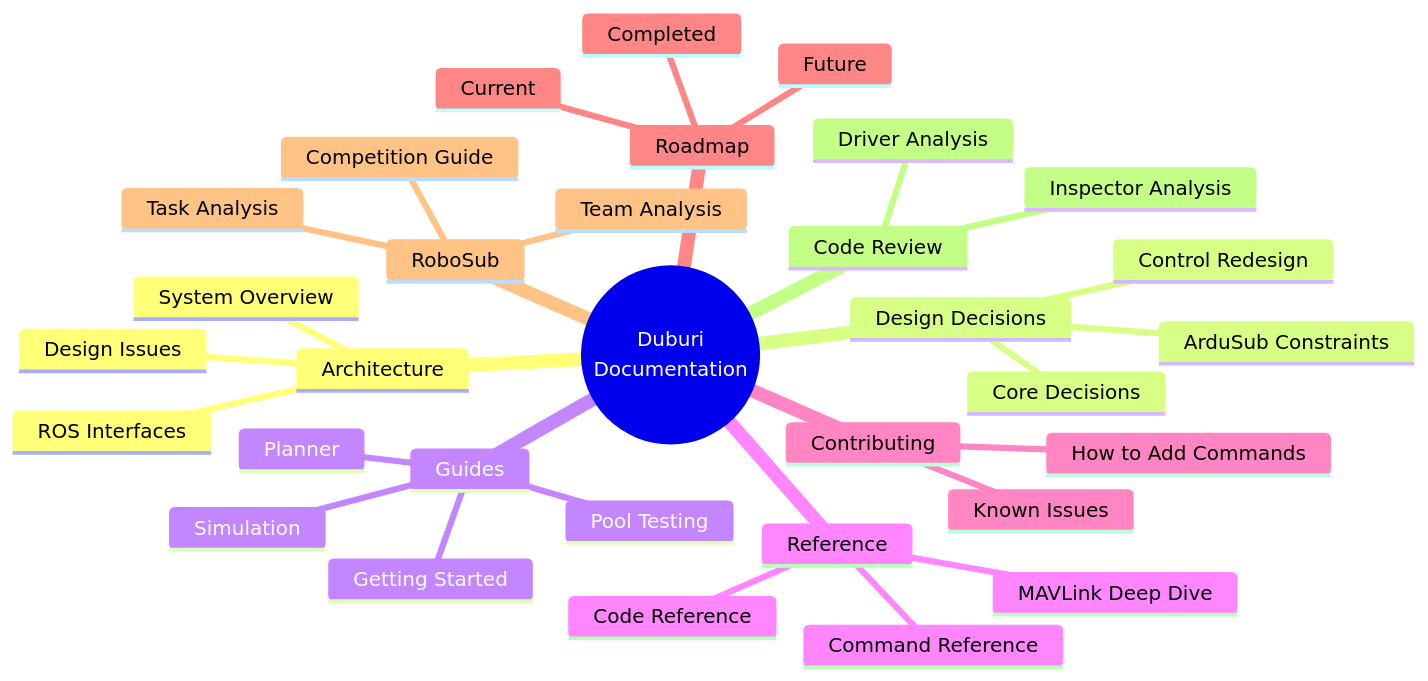
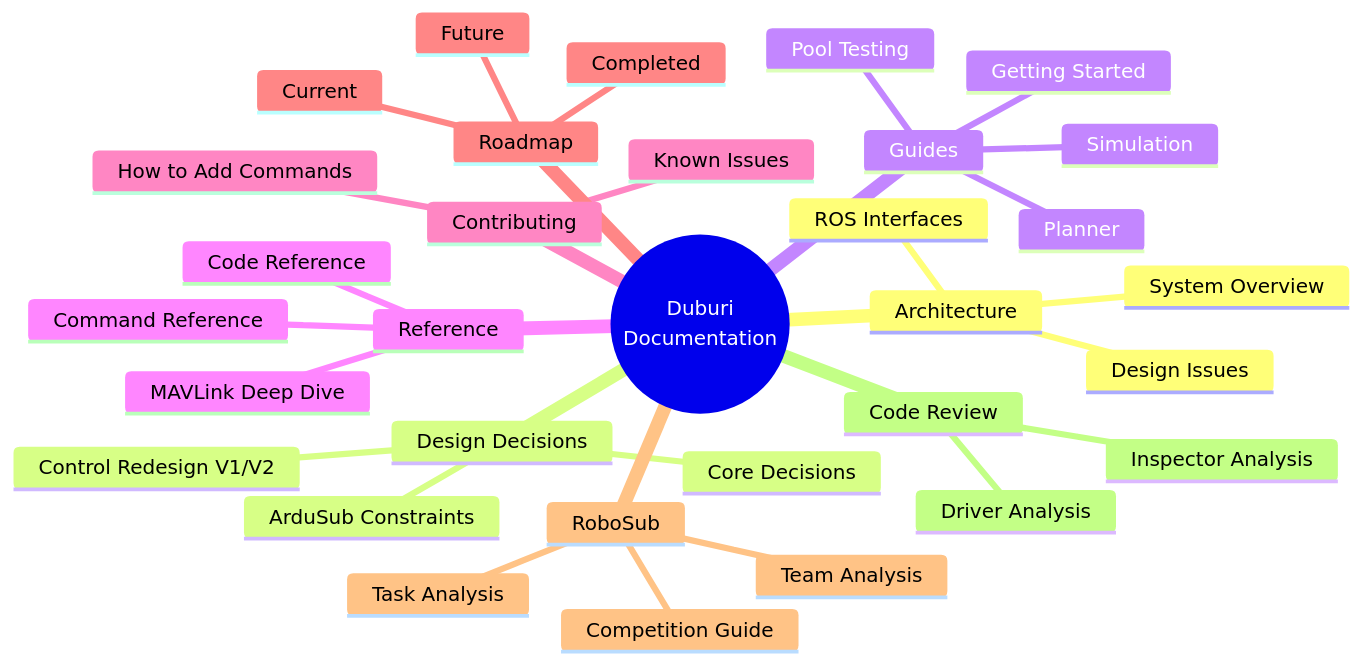
Before and after one commit to fh1m/duburi-codebase: the first of 3 diagrams in analysis/README.md, drawn with Mermaid. The commit also changed other lines of this file and 2 other files, not shown here.

````diff
--- a/analysis/README.md
+++ b/analysis/README.md
@@ -7,35 +7,35 @@
 ```mermaid
 mindmap
   root((Duburi<br/>Documentation))
     Architecture
       System Overview
       ROS Interfaces
       Design Issues
     Design Decisions
       Core Decisions
-      Control Redesign
+      Control Redesign V1/V2
       ArduSub Constraints
     Guides
       Getting Started
       Simulation
       Pool Testing
       Planner
     Reference
       Command Reference
       Code Reference
       MAVLink Deep Dive
     Contributing
       Known Issues
       How to Add Commands
     Roadmap
       Completed
       Current
       Future
     RoboSub
       Competition Guide
       Task Analysis
       Team Analysis
     Code Review
       Inspector Analysis
       Driver Analysis
 ```
````
